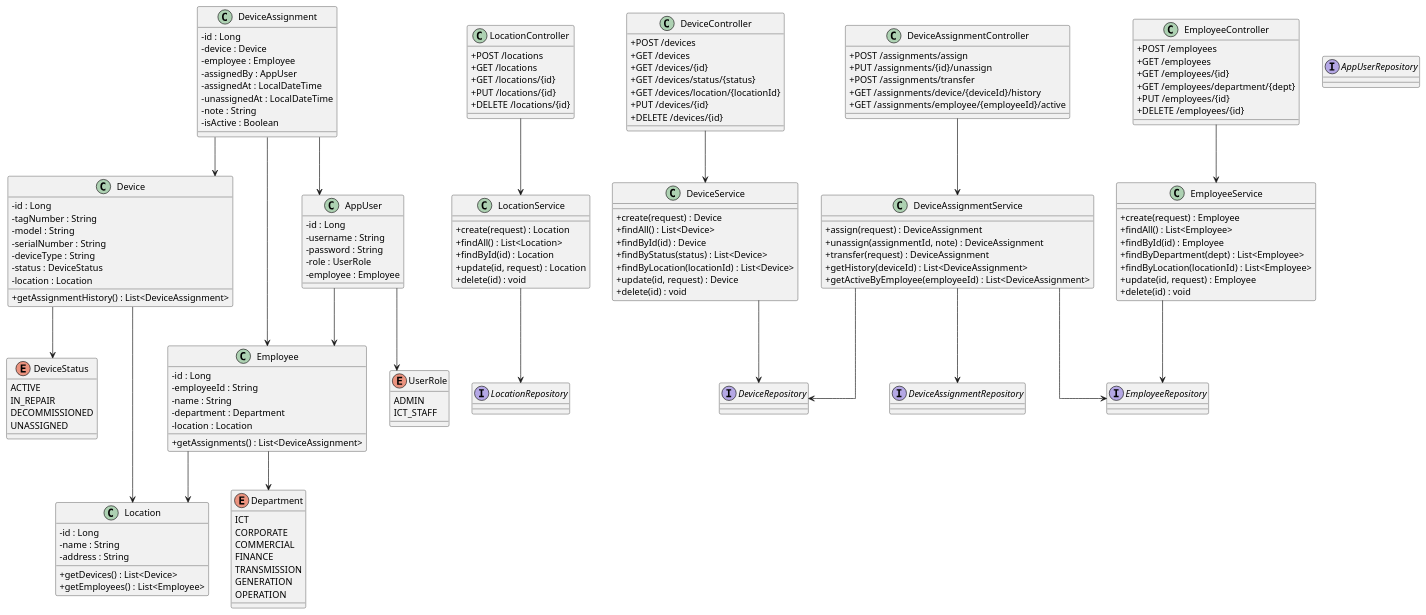
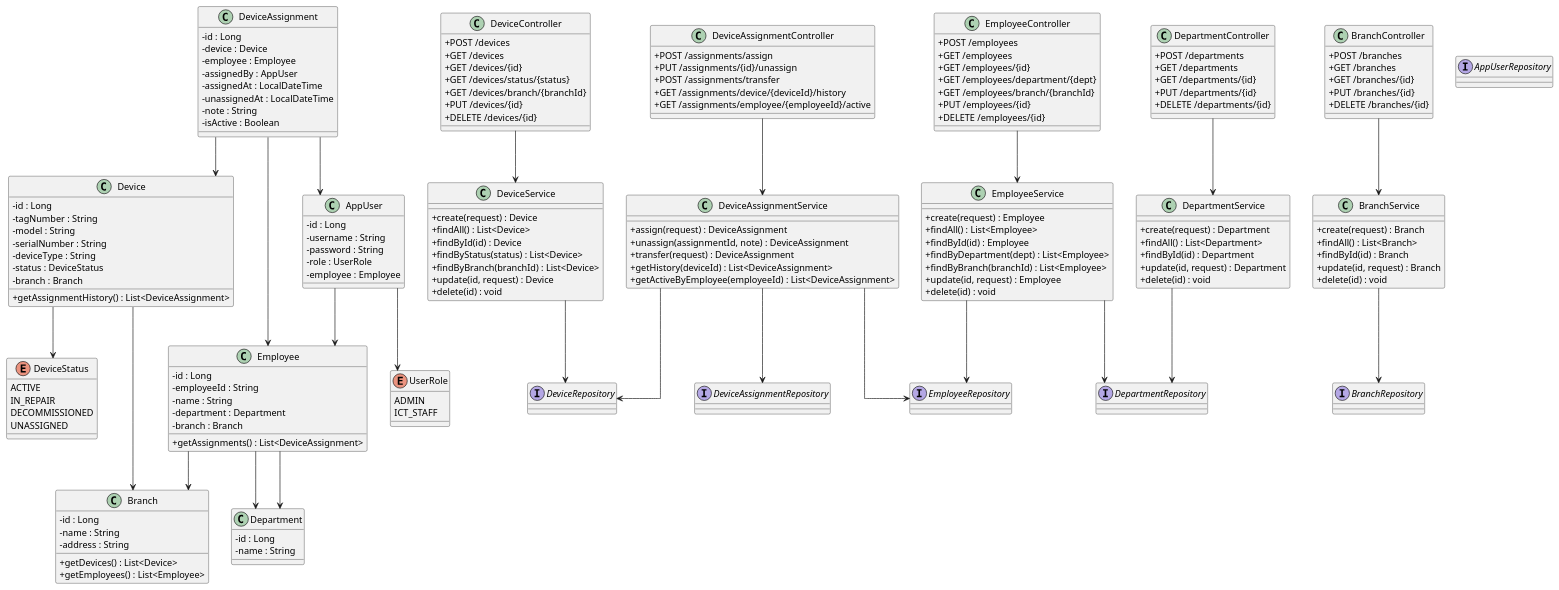
Before and after one commit to Noah-loic/Electronic-inventory-management: the diagram in EUCL/src/uml/class_diagram.puml, drawn with PlantUML. The commit also changed 4 other files, not shown here.

Commit message:
Add UML diagrams and update activity, class, ERD, and use case diagrams for inventory management add documentation for all the uml diagrams

```diff
--- a/EUCL/src/uml/class_diagram.puml
+++ b/EUCL/src/uml/class_diagram.puml
@@ -1,180 +1,197 @@
 @startuml ClassDiagram
 
 skinparam classAttributeIconSize 0
 skinparam linetype ortho
 
 ' ─── Enums ───────────────────────────────────────────
-enum Department {
-    ICT
-    CORPORATE
-    COMMERCIAL
-    FINANCE
-    TRANSMISSION
-    GENERATION
-    OPERATION
-}
-
 enum DeviceStatus {
     ACTIVE
     IN_REPAIR
     DECOMMISSIONED
     UNASSIGNED
 }
 
 enum UserRole {
     ADMIN
     ICT_STAFF
 }
 
 ' ─── Entities ────────────────────────────────────────
-class Location {
+class Branch {
     - id : Long
     - name : String
     - address : String
     + getDevices() : List<Device>
     + getEmployees() : List<Employee>
 }
 
+class Department {
+    - id : Long
+    - name : String
+}
+
 class Employee {
     - id : Long
     - employeeId : String
     - name : String
     - department : Department
-    - location : Location
+    - branch : Branch
     + getAssignments() : List<DeviceAssignment>
 }
 
 class Device {
     - id : Long
     - tagNumber : String
     - model : String
     - serialNumber : String
     - deviceType : String
     - status : DeviceStatus
-    - location : Location
+    - branch : Branch
     + getAssignmentHistory() : List<DeviceAssignment>
 }
 
 class DeviceAssignment {
     - id : Long
     - device : Device
     - employee : Employee
     - assignedBy : AppUser
     - assignedAt : LocalDateTime
     - unassignedAt : LocalDateTime
     - note : String
     - isActive : Boolean
 }
 
 class AppUser {
     - id : Long
     - username : String
     - password : String
     - role : UserRole
     - employee : Employee
 }
 
 ' ─── Services ────────────────────────────────────────
-class LocationService {
-    + create(request) : Location
-    + findAll() : List<Location>
-    + findById(id) : Location
-    + update(id, request) : Location
+class DepartmentService {
+    + create(request) : Department
+    + findAll() : List<Department>
+    + findById(id) : Department
+    + update(id, request) : Department
+    + delete(id) : void
+}
+
+class BranchService {
+    + create(request) : Branch
+    + findAll() : List<Branch>
+    + findById(id) : Branch
+    + update(id, request) : Branch
     + delete(id) : void
 }
 
 class EmployeeService {
     + create(request) : Employee
     + findAll() : List<Employee>
     + findById(id) : Employee
     + findByDepartment(dept) : List<Employee>
-    + findByLocation(locationId) : List<Employee>
+    + findByBranch(branchId) : List<Employee>
     + update(id, request) : Employee
     + delete(id) : void
 }
 
 class DeviceService {
     + create(request) : Device
     + findAll() : List<Device>
     + findById(id) : Device
     + findByStatus(status) : List<Device>
-    + findByLocation(locationId) : List<Device>
+    + findByBranch(branchId) : List<Device>
     + update(id, request) : Device
     + delete(id) : void
 }
 
 class DeviceAssignmentService {
     + assign(request) : DeviceAssignment
     + unassign(assignmentId, note) : DeviceAssignment
     + transfer(request) : DeviceAssignment
     + getHistory(deviceId) : List<DeviceAssignment>
     + getActiveByEmployee(employeeId) : List<DeviceAssignment>
 }
 
 ' ─── Controllers ─────────────────────────────────────
-class LocationController {
-    + POST /locations
-    + GET /locations
-    + GET /locations/{id}
-    + PUT /locations/{id}
-    + DELETE /locations/{id}
+class DepartmentController {
+    + POST /departments
+    + GET /departments
+    + GET /departments/{id}
+    + PUT /departments/{id}
+    + DELETE /departments/{id}
+}
+
+class BranchController {
+    + POST /branches
+    + GET /branches
+    + GET /branches/{id}
+    + PUT /branches/{id}
+    + DELETE /branches/{id}
 }
 
 class EmployeeController {
     + POST /employees
     + GET /employees
     + GET /employees/{id}
     + GET /employees/department/{dept}
+    + GET /employees/branch/{branchId}
     + PUT /employees/{id}
     + DELETE /employees/{id}
 }
 
 class DeviceController {
     + POST /devices
     + GET /devices
     + GET /devices/{id}
     + GET /devices/status/{status}
-    + GET /devices/location/{locationId}
+    + GET /devices/branch/{branchId}
     + PUT /devices/{id}
     + DELETE /devices/{id}
 }
 
 class DeviceAssignmentController {
     + POST /assignments/assign
     + PUT /assignments/{id}/unassign
     + POST /assignments/transfer
     + GET /assignments/device/{deviceId}/history
     + GET /assignments/employee/{employeeId}/active
 }
 
 ' ─── Repositories ────────────────────────────────────
-interface LocationRepository
+interface DepartmentRepository
+interface BranchRepository
 interface EmployeeRepository
 interface DeviceRepository
 interface DeviceAssignmentRepository
 interface AppUserRepository
 
 ' ─── Relationships ───────────────────────────────────
 Employee --> Department
-Employee --> Location
+Department <-- Employee
+Employee --> Branch
 Device --> DeviceStatus
-Device --> Location
+Device --> Branch
 DeviceAssignment --> Device
 DeviceAssignment --> Employee
 DeviceAssignment --> AppUser
 AppUser --> UserRole
 AppUser --> Employee
 
-LocationService --> LocationRepository
+DepartmentService --> DepartmentRepository
+BranchService --> BranchRepository
 EmployeeService --> EmployeeRepository
+EmployeeService --> DepartmentRepository
 DeviceService --> DeviceRepository
 DeviceAssignmentService --> DeviceAssignmentRepository
 DeviceAssignmentService --> DeviceRepository
 DeviceAssignmentService --> EmployeeRepository
 
-LocationController --> LocationService
+DepartmentController --> DepartmentService
+BranchController --> BranchService
 EmployeeController --> EmployeeService
 DeviceController --> DeviceService
 DeviceAssignmentController --> DeviceAssignmentService
 
 @enduml
```
